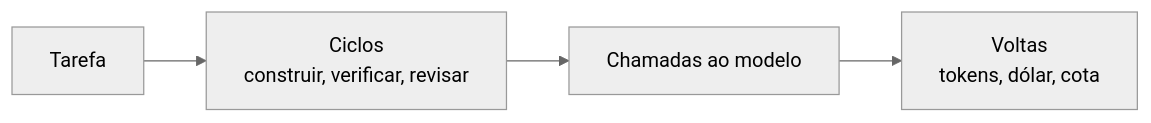
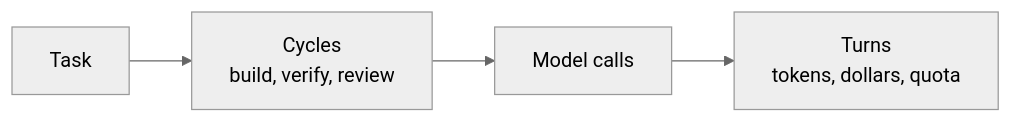
One commit to enzoconsulo/factory-tcc changed the diagram in docs/tasks/en/E2-system-foundation/FAB-202-create-the-database-and-cost-accounting.md. Above: the diagram before and after it, drawn with Mermaid (neutral theme). The commit also changed 52 other files, not shown here.

````diff
--- a/docs/tasks/en/E2-system-foundation/FAB-202-create-the-database-and-cost-accounting.md
+++ b/docs/tasks/en/E2-system-foundation/FAB-202-create-the-database-and-cost-accounting.md
@@ -11,4 +11,4 @@
 ```mermaid
 flowchart LR
-  T["Tarefa"] --> C["Ciclos<br/>construir, verificar, revisar"] --> D["Chamadas ao modelo"] --> V["Voltas<br/>tokens, dólar, cota"]
+  T["Task"] --> C["Cycles<br/>build, verify, review"] --> D["Model calls"] --> V["Turns<br/>tokens, dollars, quota"]
 ```
````
